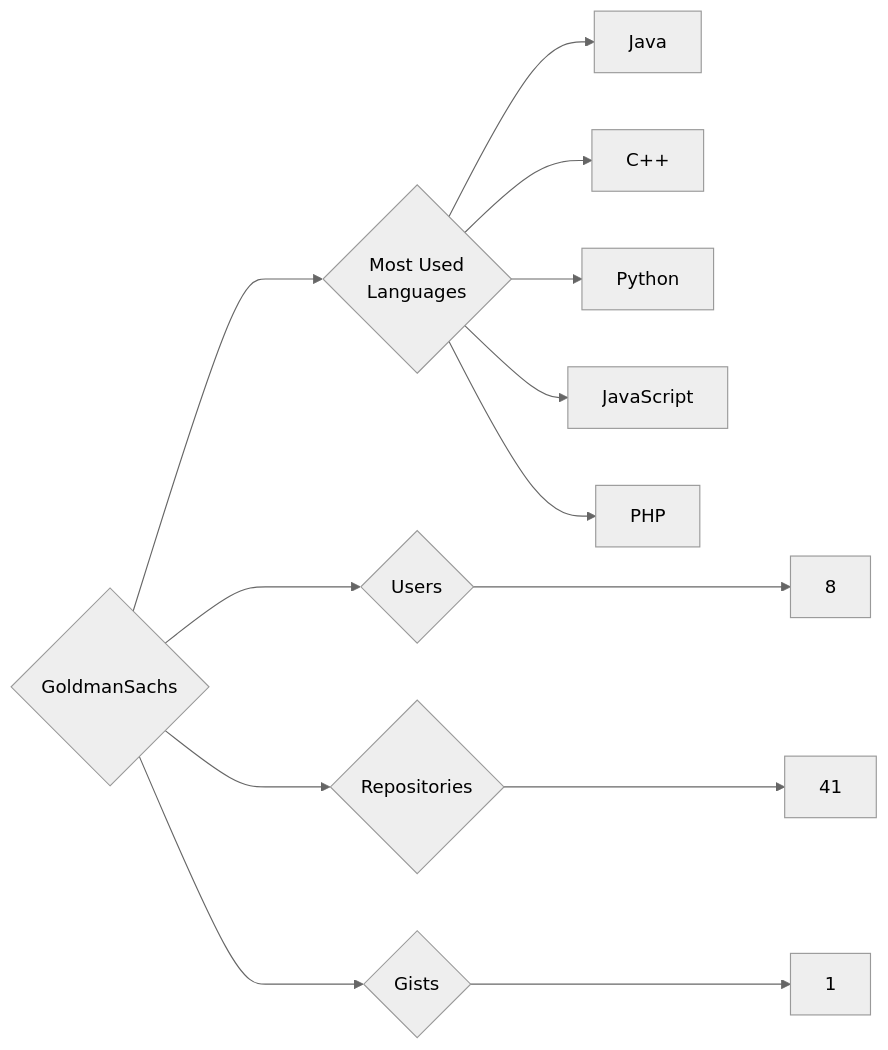
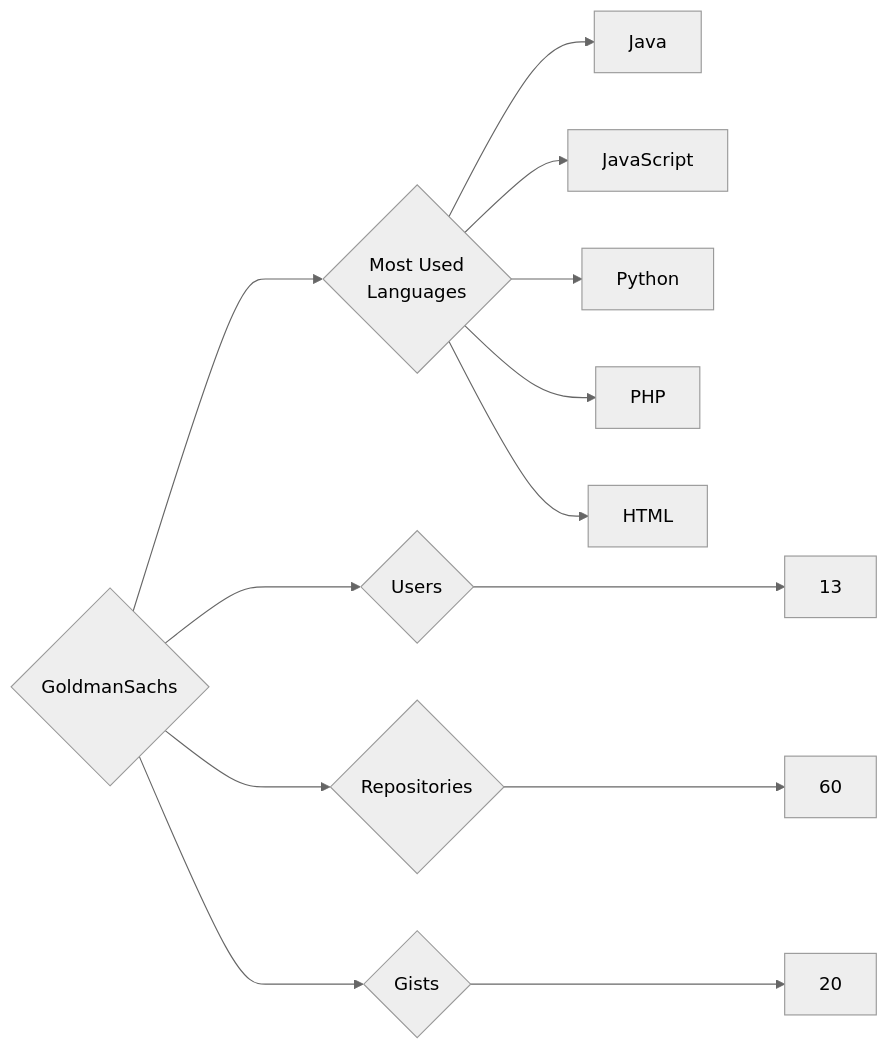
The diagram in targets/GoldmanSachs/README.md (trickest/insiders), drawn with Mermaid (neutral theme) before and after one commit. The commit also changed 859 other files, not shown here.

````diff
--- a/targets/GoldmanSachs/README.md
+++ b/targets/GoldmanSachs/README.md
@@ -3,13 +3,13 @@
 ```mermaid
 graph LR
 COMPANY_NAME{GoldmanSachs}
-COMPANY_NAME ---> U{Users} ---> UN[8]
-COMPANY_NAME ---> R{Repositories} ---> RN[41]
-COMPANY_NAME ---> G{Gists} ---> GN[1]
+COMPANY_NAME ---> U{Users} ---> UN[13]
+COMPANY_NAME ---> R{Repositories} ---> RN[60]
+COMPANY_NAME ---> G{Gists} ---> GN[20]
 COMPANY_NAME ---> ML{Most Used<br>Languages}
 ML --> Java[Java]
-ML --> C++[C++]
+ML --> JavaScript[JavaScript]
 ML --> Python[Python]
-ML --> JavaScript[JavaScript]
 ML --> PHP[PHP]
+ML --> HTML[HTML]
 ```
````
